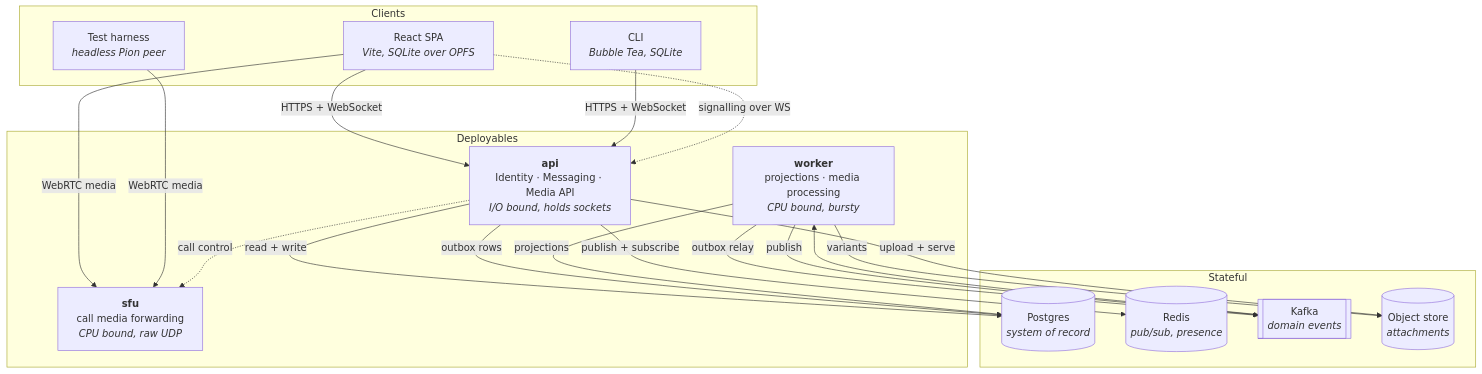
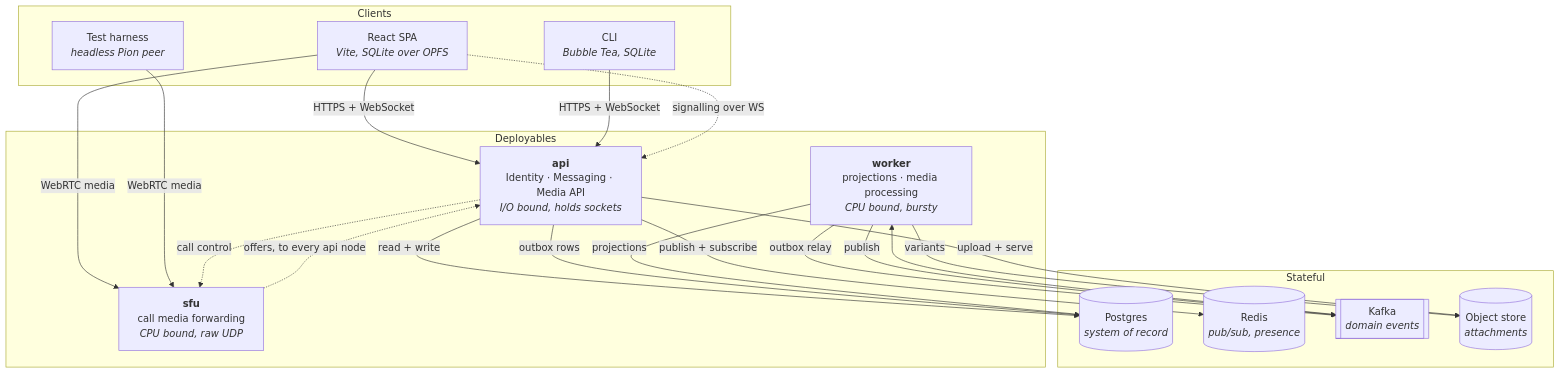
One commit to igor-dmscn/whatsapp-2 changed the first of 3 diagrams in docs/architecture.md. Above: the diagram before and after it, drawn with Mermaid. The commit also changed other lines of this file and 22 other files, not shown here.

````diff
--- a/docs/architecture.md
+++ b/docs/architecture.md
@@ -7,38 +7,39 @@
 ```mermaid
 graph TB
     subgraph Clients
         WEB["React SPA<br/><i>Vite, SQLite over OPFS</i>"]
         CLI["CLI<br/><i>Bubble Tea, SQLite</i>"]
         HARNESS["Test harness<br/><i>headless Pion peer</i>"]
     end
 
     subgraph Deployables
         API["<b>api</b><br/>Identity · Messaging · Media API<br/><i>I/O bound, holds sockets</i>"]
         WORKER["<b>worker</b><br/>projections · media processing<br/><i>CPU bound, bursty</i>"]
         SFU["<b>sfu</b><br/>call media forwarding<br/><i>CPU bound, raw UDP</i>"]
     end
 
     subgraph Stateful
         PG[("Postgres<br/><i>system of record</i>")]
         REDIS[("Redis<br/><i>pub/sub, presence</i>")]
         KAFKA[["Kafka<br/><i>domain events</i>"]]
         BLOB[("Object store<br/><i>attachments</i>")]
     end
 
     WEB -->|"HTTPS + WebSocket"| API
     CLI -->|"HTTPS + WebSocket"| API
     WEB -->|"WebRTC media"| SFU
     HARNESS -->|"WebRTC media"| SFU
     WEB -.->|"signalling over WS"| API
     API -.->|"call control"| SFU
+    SFU -.->|"offers, to every api node"| API
 
     API -->|"read + write"| PG
     API -->|"publish + subscribe"| REDIS
     API -->|"outbox rows"| PG
     WORKER -->|"outbox relay"| KAFKA
     KAFKA --> WORKER
     WORKER -->|"projections"| PG
     WORKER -->|"variants"| BLOB
     WORKER -->|"publish"| KAFKA
     API -->|"upload + serve"| BLOB
 ```
````
